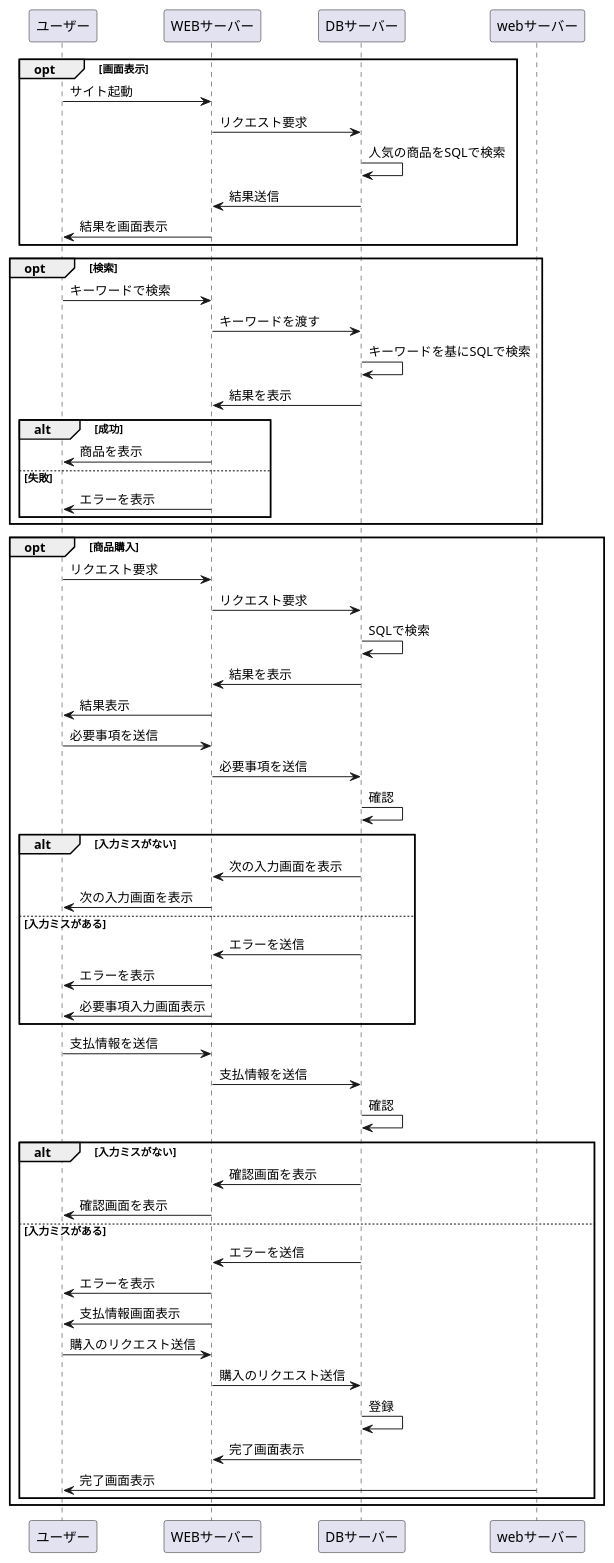
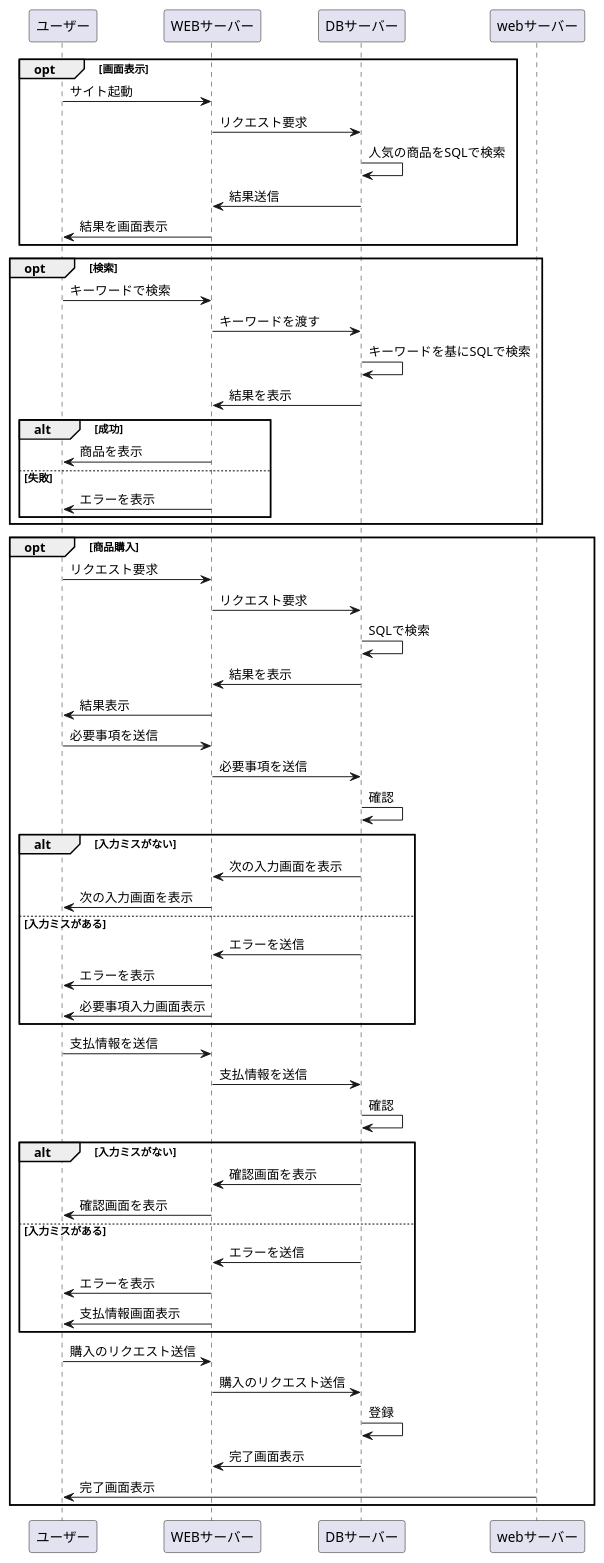
The diagram in samplefront1.md (Aso2101121/2021sys-design-2), drawn with PlantUML before and after one commit.

````diff
--- a/samplefront1.md
+++ b/samplefront1.md
@@ -1,58 +1,58 @@
 ```uml
 @startuml
 opt 画面表示
  ユーザー -> WEBサーバー:サイト起動
  WEBサーバー -> DBサーバー:リクエスト要求
  DBサーバー -> DBサーバー:人気の商品をSQLで検索
  DBサーバー -> WEBサーバー:結果送信
  WEBサーバー -> ユーザー:結果を画面表示
 end
 
 opt 検索
  ユーザー -> WEBサーバー:キーワードで検索
  WEBサーバー -> DBサーバー:キーワードを渡す
  DBサーバー -> DBサーバー:キーワードを基にSQLで検索
  DBサーバー -> WEBサーバー:結果を表示
  alt 成功
   WEBサーバー -> ユーザー:商品を表示
  else 失敗
   WEBサーバー -> ユーザー:エラーを表示
  end
 end
 
 opt 商品購入
  ユーザー -> WEBサーバー:リクエスト要求
  WEBサーバー -> DBサーバー:リクエスト要求
  DBサーバー -> DBサーバー:SQLで検索
  DBサーバー -> WEBサーバー:結果を表示
  WEBサーバー -> ユーザー:結果表示
  ユーザー -> WEBサーバー:必要事項を送信
  WEBサーバー -> DBサーバー:必要事項を送信
  DBサーバー -> DBサーバー:確認
  alt 入力ミスがない
   DBサーバー -> WEBサーバー:次の入力画面を表示
   WEBサーバー -> ユーザー:次の入力画面を表示
  else 入力ミスがある
   DBサーバー -> WEBサーバー:エラーを送信
   WEBサーバー -> ユーザー:エラーを表示
   WEBサーバー -> ユーザー:必要事項入力画面表示
  end
  ユーザー -> WEBサーバー:支払情報を送信
  WEBサーバー -> DBサーバー:支払情報を送信
  DBサーバー -> DBサーバー:確認
  alt 入力ミスがない
   DBサーバー -> WEBサーバー:確認画面を表示
   WEBサーバー -> ユーザー:確認画面を表示
  else 入力ミスがある
   DBサーバー -> WEBサーバー:エラーを送信
   WEBサーバー -> ユーザー:エラーを表示
   WEBサーバー -> ユーザー:支払情報画面表示
-  ユーザー -> WEBサーバー:購入のリクエスト送信
-  WEBサーバー -> DBサーバー:購入のリクエスト送信
-  DBサーバー -> DBサーバー:登録
-  DBサーバー -> WEBサーバー:完了画面表示
-  webサーバー -> ユーザー:完了画面表示
  end
+ ユーザー -> WEBサーバー:購入のリクエスト送信
+ WEBサーバー -> DBサーバー:購入のリクエスト送信
+ DBサーバー -> DBサーバー:登録
+ DBサーバー -> WEBサーバー:完了画面表示
+ webサーバー -> ユーザー:完了画面表示
 end
 @enduml
 ```
````
